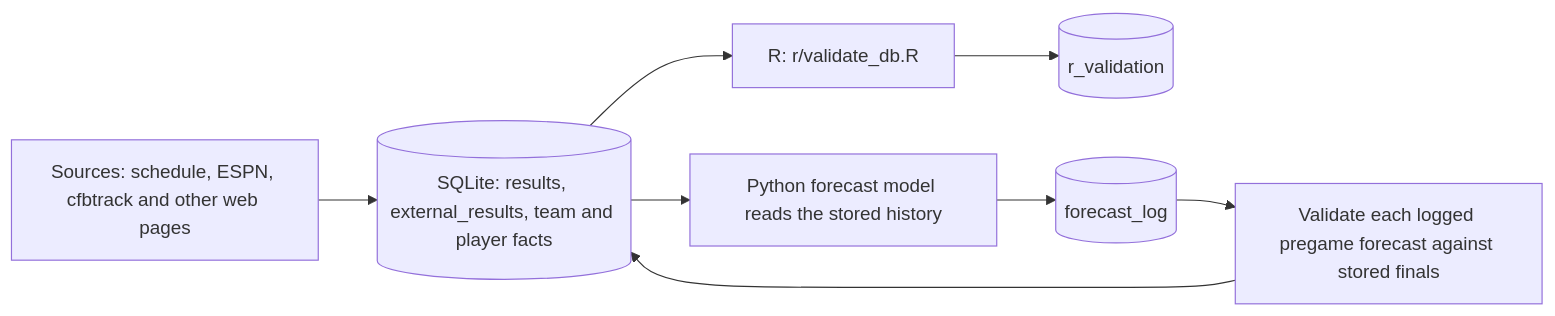
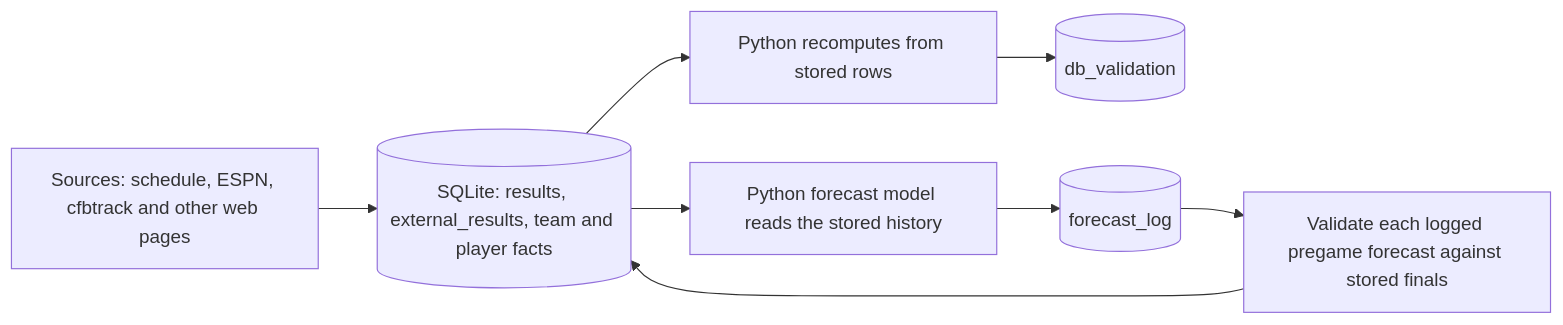
The fourth of 5 diagrams in README.md (bngomez98/cfb-forecast), drawn with Mermaid before and after one commit. The commit also changed other lines of this file and 6 other files, not shown here.

First line of the commit message:
Recompute database validation in Python instead of R

````diff
--- a/README.md
+++ b/README.md
@@ -130,10 +130,10 @@
 ```mermaid
 flowchart LR
   src[Sources: schedule, ESPN, cfbtrack and other web pages] --> db1[(SQLite: results, external_results, team and player facts)]
-  db1 --> r[R: r/validate_db.R]
-  r --> db2[(r_validation)]
+  db1 --> re[Python recomputes from stored rows]
+  re --> db2[(db_validation)]
   db1 --> py[Python forecast model reads the stored history]
   py --> log[(forecast_log)]
   log --> val[Validate each logged pregame forecast against stored finals]
   val --> db1
 ```
````
